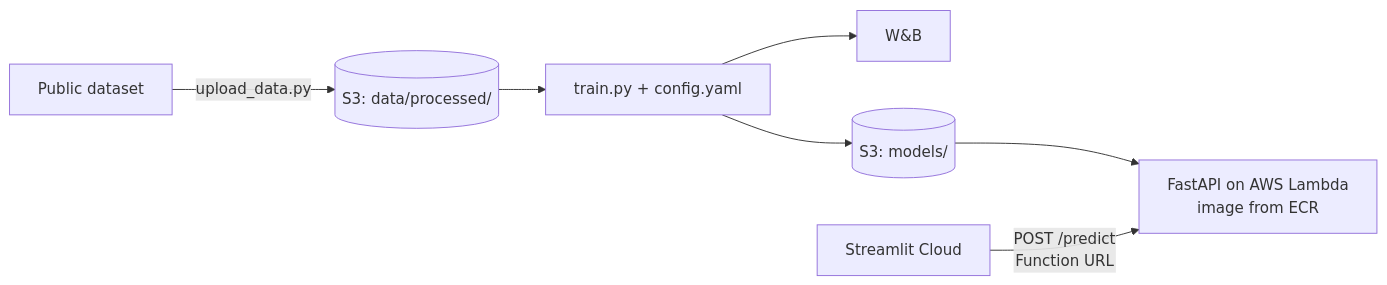
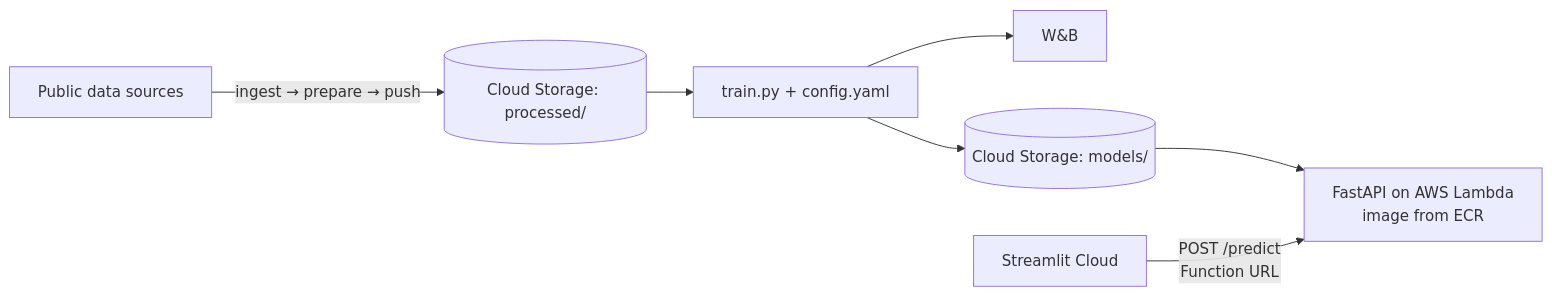
The diagram in docs/DEVELOPMENT_PLAN.md (haydn-s/sourcing-data-project-3), drawn with Mermaid before and after one commit. The commit also changed other lines of this file and 18 other files, not shown here.

First line of the commit message:
refactor(storage): drop S3 and keep data and models in Cloud Storage

````diff
--- a/docs/DEVELOPMENT_PLAN.md
+++ b/docs/DEVELOPMENT_PLAN.md
@@ -64,9 +64,9 @@
 ```mermaid
 flowchart LR
-    SRC[Public dataset] -->|upload_data.py| STORED[(S3: data/processed/)]
+    SRC[Public data sources] -->|ingest → prepare → push| STORED[(Cloud Storage: processed/)]
     STORED --> TRAIN[train.py + config.yaml]
     TRAIN --> WB[W&B]
-    TRAIN --> STOREM[(S3: models/)]
+    TRAIN --> STOREM[(Cloud Storage: models/)]
     STOREM --> API[FastAPI on AWS Lambda<br/>image from ECR]
     UI[Streamlit Cloud] -->|POST /predict<br/>Function URL| API
 ```
````
